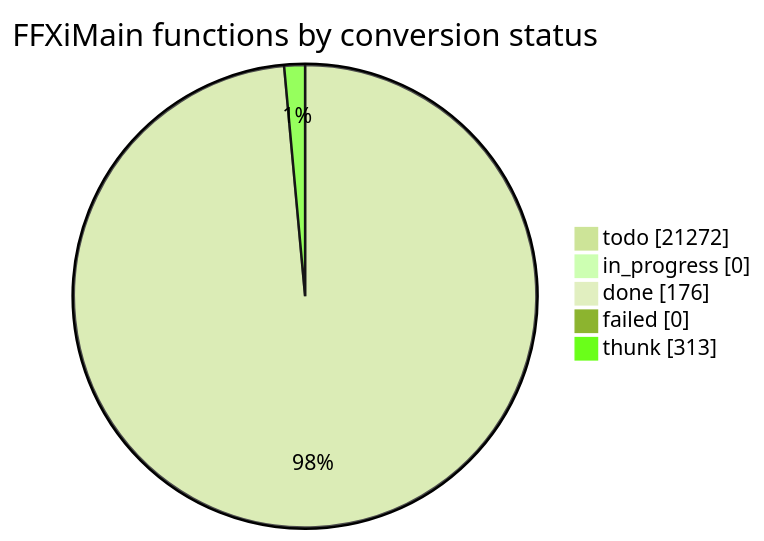
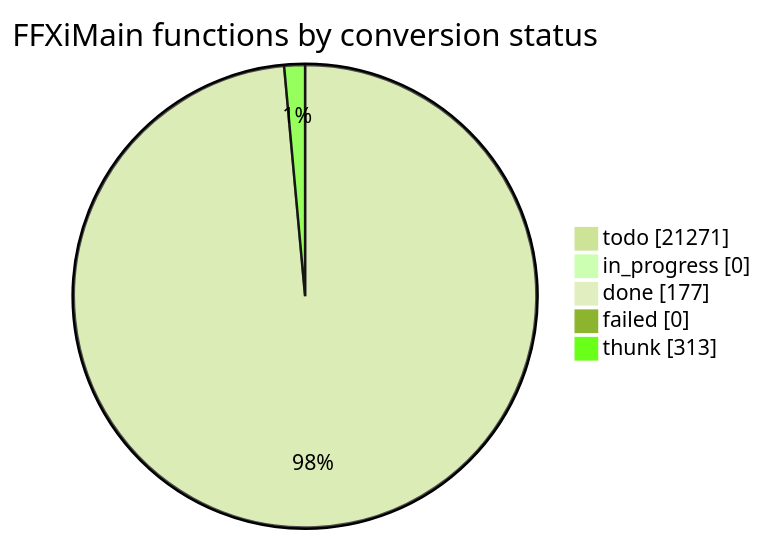
Before and after one commit to cowrevenge/cow_kuluu_xi_anything: the diagram in docs/cow/STATUS.md, drawn with Mermaid (forest theme). The commit also changed other lines of this file and 9 other files, not shown here.

````diff
--- a/docs/cow/STATUS.md
+++ b/docs/cow/STATUS.md
@@ -18,9 +18,9 @@
 ```mermaid
 pie showData
     title FFXiMain functions by conversion status
-    "todo" : 21272
+    "todo" : 21271
     "in_progress" : 0
-    "done" : 176
+    "done" : 177
     "failed" : 0
     "thunk" : 313
 ```
````
